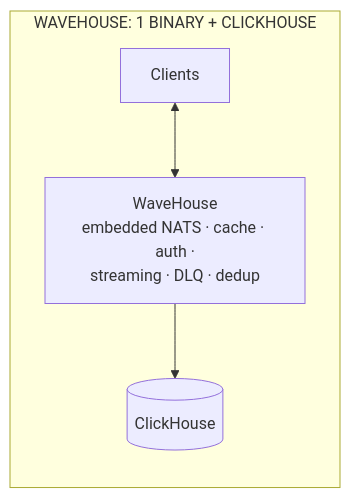
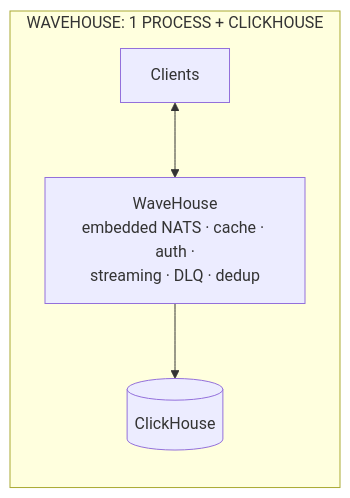
One commit to Wave-RF/WaveHouse changed the fifth of 7 diagrams in docs/src/content/docs/why-wavehouse.md. Above: the diagram before and after it, drawn with Mermaid. The commit also changed other lines of this file and 19 other files, not shown here.

````diff
--- a/docs/src/content/docs/why-wavehouse.md
+++ b/docs/src/content/docs/why-wavehouse.md
@@ -137,9 +137,9 @@
 ```mermaid
 flowchart TB
-    subgraph single["WAVEHOUSE: 1 BINARY + CLICKHOUSE"]
+    subgraph single["WAVEHOUSE: 1 PROCESS + CLICKHOUSE"]
         direction TB
         Cs2["Clients"]:::neutral
         Cs2 <--> WHone["WaveHouse<br/>embedded NATS · cache · auth ·<br/>streaming · DLQ · dedup"]:::wh
         WHone --> CHw[("ClickHouse")]:::infra
     end
 ```
````
